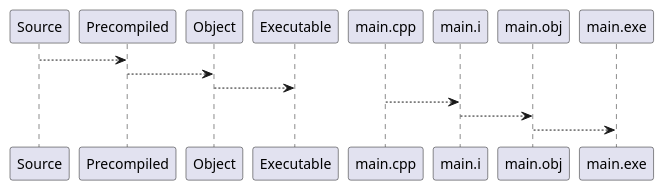
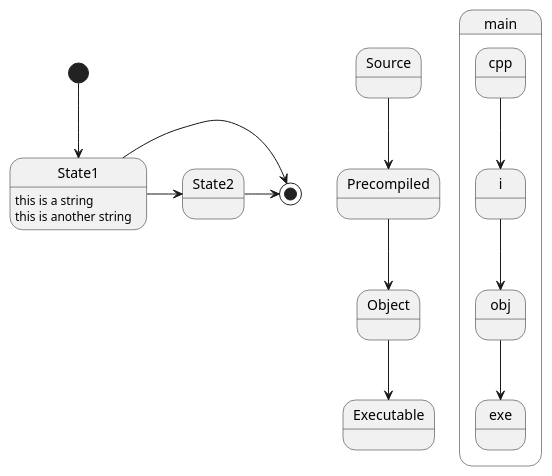
One commit to Obywatelecki/CppTraining changed the diagram in book/999/test.md. Above: the diagram before and after it, drawn with PlantUML.

```diff
--- a/book/999/test.md
+++ b/book/999/test.md
@@ -4,12 +4,20 @@
 {% plantuml %}
 
 Source --> Precompiled
 Precompiled --> Object
 Object --> Executable
 
 main.cpp --> main.i
 main.i --> main.obj
 main.obj --> main.exe
 
+[*] --> State1
+State1 -> [*]
+State1 -> State2
+State2 -> [*]
+State1 : this is a string
+State1 : this is another string
+
+
   
 {% endplantuml %}
```
